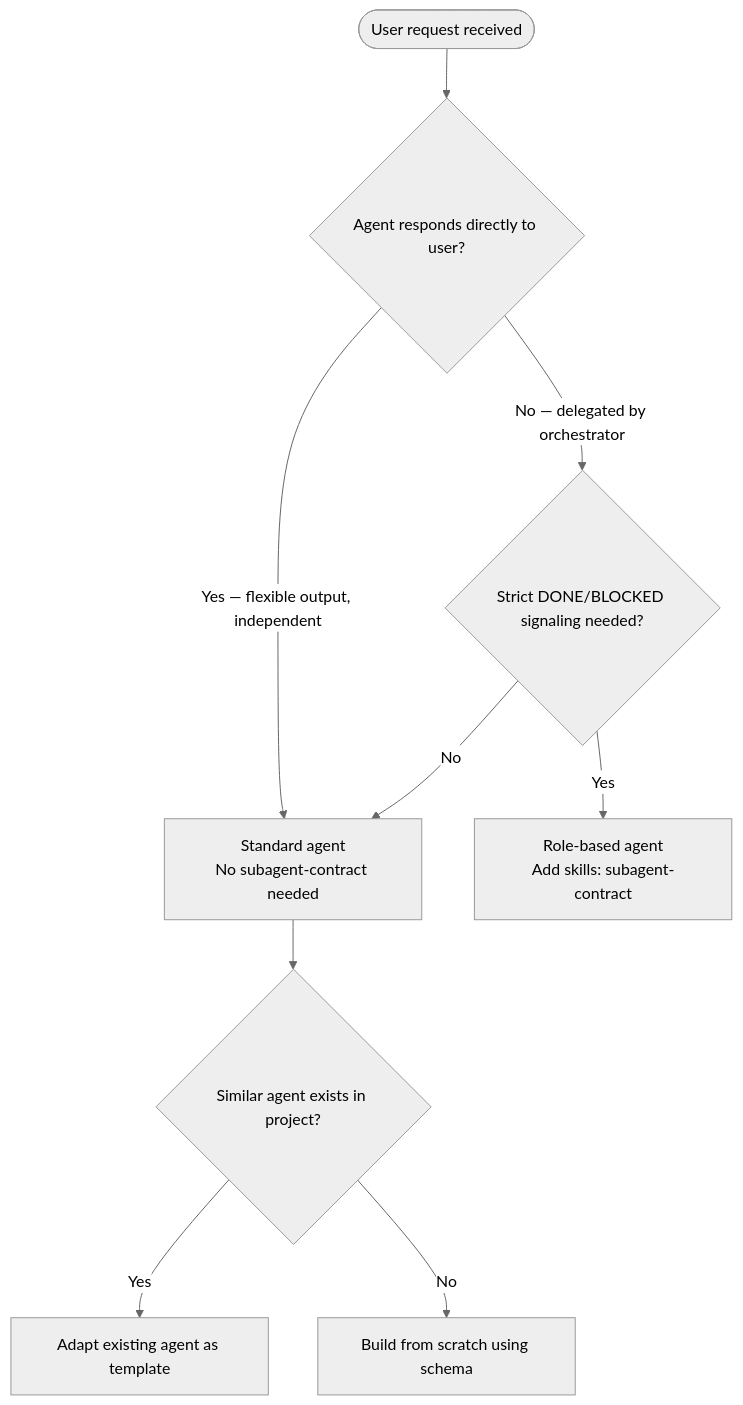
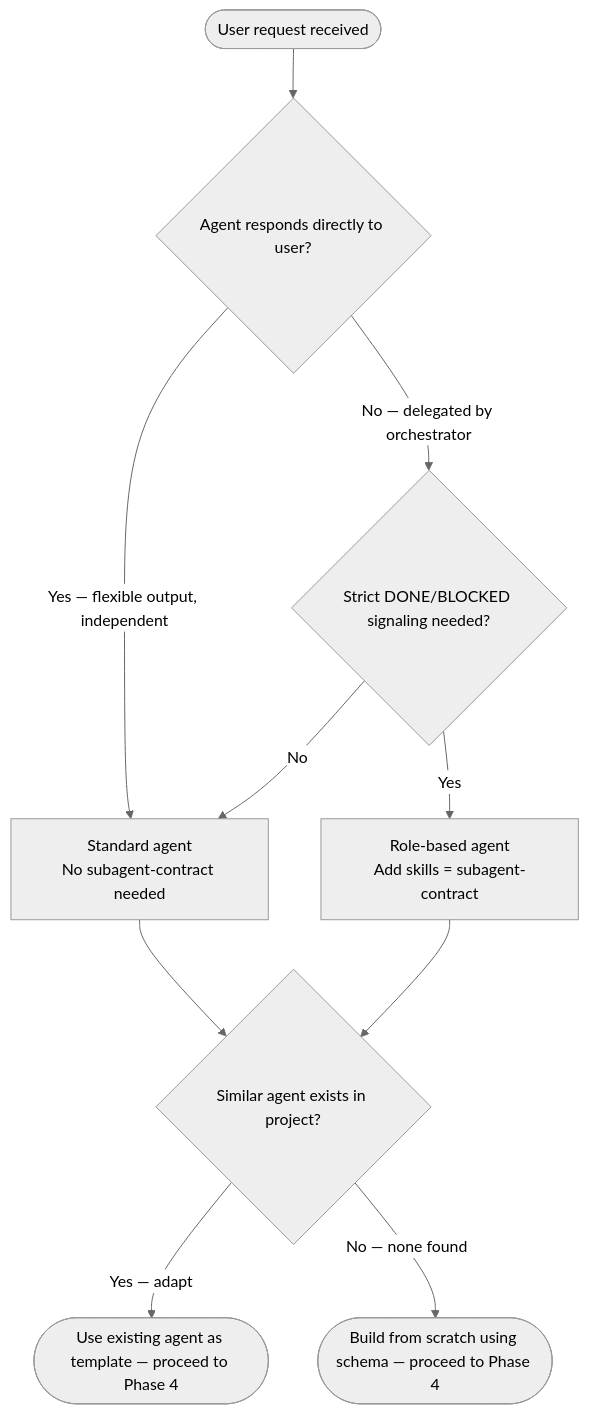
The second of 5 diagrams in plugins/plugin-creator/agents/agent-creator.md (chgreer1070/claude_skills), drawn with Mermaid (neutral theme) before and after one commit. The commit also changed other lines of this file and 7 other files, not shown here.

````diff
--- a/plugins/plugin-creator/agents/agent-creator.md
+++ b/plugins/plugin-creator/agents/agent-creator.md
@@ -54,11 +60,12 @@
 ```mermaid
 flowchart TD
-    Start([User request received]) --> Q1{Agent responds directly to user?}
-    Q1 -->|Yes — flexible output, independent| Standard[Standard agent\nNo subagent-contract needed]
-    Q1 -->|No — delegated by orchestrator| Q2{Strict DONE/BLOCKED signaling needed?}
-    Q2 -->|Yes| RoleBased[Role-based agent\nAdd skills: subagent-contract]
-    Q2 -->|No| Standard
-    Standard --> Q3{Similar agent exists in project?}
-    Q3 -->|Yes| Adapt[Adapt existing agent as template]
-    Q3 -->|No| Scratch[Build from scratch using schema]
+    Start(["User request received"]) --> Q1{"Agent responds directly to user?"}
+    Q1 -->|"Yes — flexible output, independent"| Standard["Standard agent<br>No subagent-contract needed"]
+    Q1 -->|"No — delegated by orchestrator"| Q2{"Strict DONE/BLOCKED signaling needed?"}
+    Q2 -->|"Yes"| RoleBased["Role-based agent<br>Add skills = subagent-contract"]
+    Q2 -->|"No"| Standard
+    Standard --> Q3{"Similar agent exists in project?"}
+    RoleBased --> Q3
+    Q3 -->|"Yes — adapt"| Done1(["Use existing agent as template — proceed to Phase 4"])
+    Q3 -->|"No — none found"| Done2(["Build from scratch using schema — proceed to Phase 4"])
 ```
````
